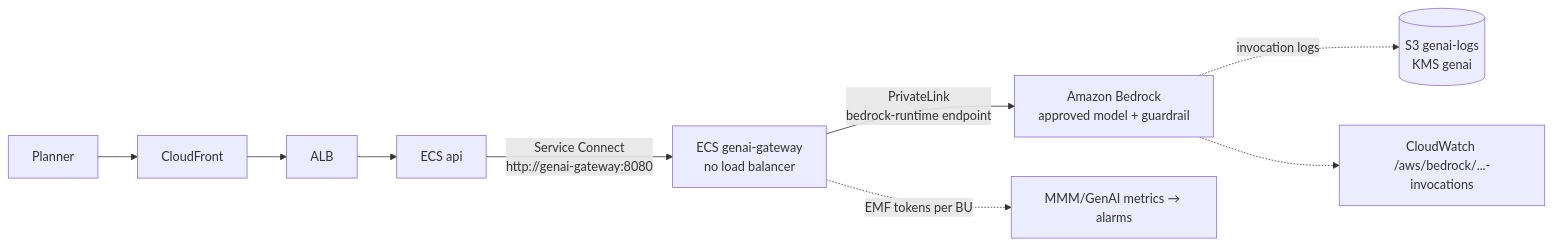
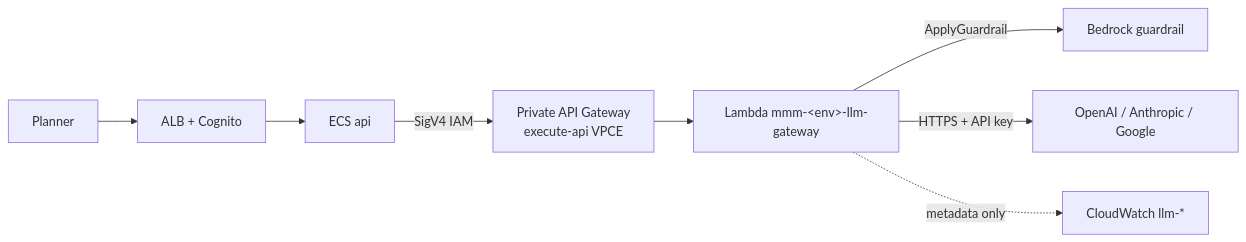
The diagram in docs/12-genai-bedrock.md (Yashwanth-wbd/wbd-aws-devops), drawn with Mermaid before and after one commit. The commit also changed other lines of this file and 277 other files, not shown here.

First line of the commit message:
Implement v2 architecture (Hybrid Lakehouse + MLOps) from wbd_Presentation.pptx

````diff
--- a/docs/12-genai-bedrock.md
+++ b/docs/12-genai-bedrock.md
@@ -15,9 +19,9 @@
 ```mermaid
 flowchart LR
-  user[Planner] --> cf[CloudFront] --> alb[ALB] --> api[ECS api]
-  api -->|Service Connect<br/>http://genai-gateway:8080| gw[ECS genai-gateway<br/>no load balancer]
-  gw -->|PrivateLink<br/>bedrock-runtime endpoint| br[Amazon Bedrock<br/>approved model + guardrail]
-  br -.invocation logs.-> s3[(S3 genai-logs<br/>KMS genai)]
-  br -.-> cw[CloudWatch /aws/bedrock/...-invocations]
-  gw -.EMF tokens per BU.-> cwm[MMM/GenAI metrics → alarms]
+  user[Planner] --> alb[ALB + Cognito] --> api[ECS api]
+  api -->|SigV4 IAM| apigw[Private API Gateway<br/>execute-api VPCE]
+  apigw --> lambda[Lambda mmm-&lt;env&gt;-llm-gateway]
+  lambda -->|ApplyGuardrail| gr[Bedrock guardrail]
+  lambda -->|HTTPS + API key| llm[OpenAI / Anthropic / Google]
+  lambda -.metadata only.-> logs[CloudWatch llm-*]
 ```
````
